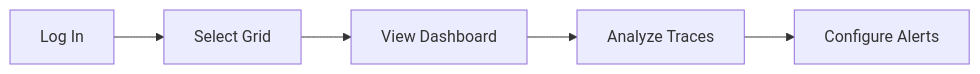
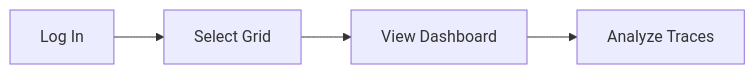
The diagram in docs/DC/Web/index.md (ImmersiveFusion/deepcube-docs), drawn with Mermaid before and after one commit. The commit also changed other lines of this file and 1 other file, not shown here.

````diff
--- a/docs/DC/Web/index.md
+++ b/docs/DC/Web/index.md
@@ -36,7 +35,6 @@
 ```mermaid
 graph LR
     A[Log In] --> B[Select Grid]
     B --> C[View Dashboard]
     C --> D[Analyze Traces]
-    D --> E[Configure Alerts]
 ```
````
